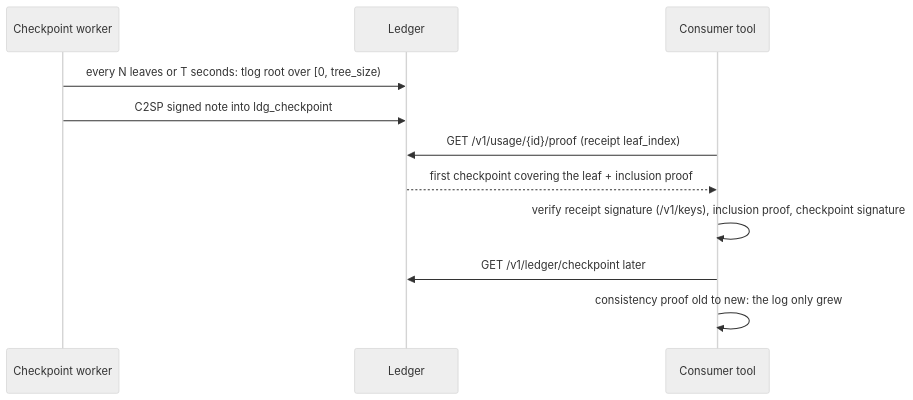
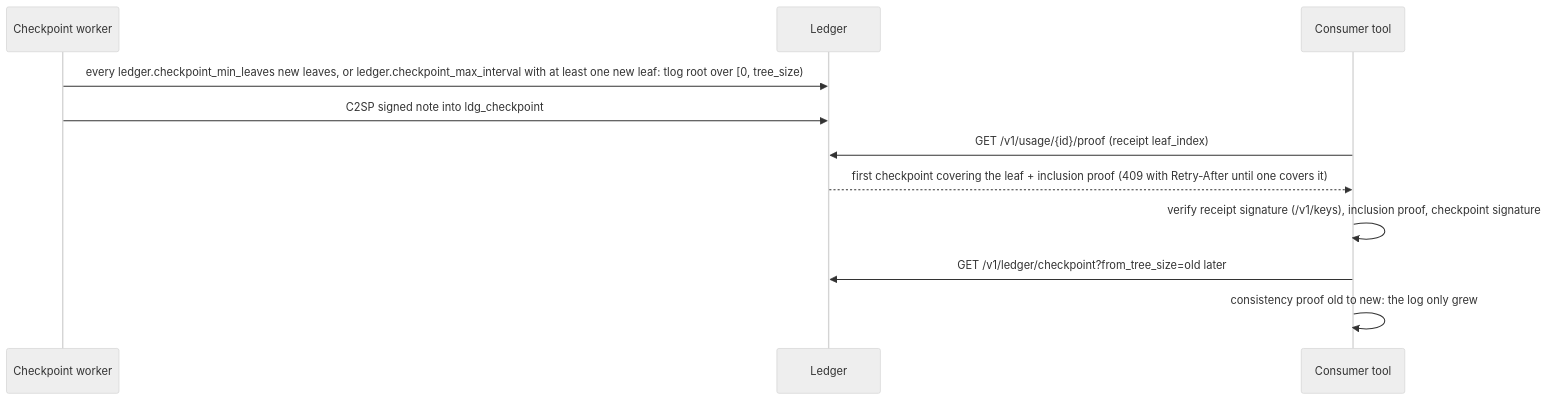
The eighth of 10 diagrams in docs/design_docs/lld.md (inCoderKaka/local-server), drawn with Mermaid (neutral theme) before and after one commit. The commit also changed other lines of this file, not shown here.

````diff
--- a/docs/design_docs/lld.md
+++ b/docs/design_docs/lld.md
@@ -348,13 +426,13 @@
 ```mermaid
 sequenceDiagram
   participant K as Checkpoint worker
   participant L as Ledger
   participant C as Consumer tool
-  K->>L: every N leaves or T seconds: tlog root over [0, tree_size)
+  K->>L: every ledger.checkpoint_min_leaves new leaves, or ledger.checkpoint_max_interval with at least one new leaf: tlog root over [0, tree_size)
   K->>L: C2SP signed note into ldg_checkpoint
   C->>L: GET /v1/usage/{id}/proof (receipt leaf_index)
-  L-->>C: first checkpoint covering the leaf + inclusion proof
+  L-->>C: first checkpoint covering the leaf + inclusion proof (409 with Retry-After until one covers it)
   C->>C: verify receipt signature (/v1/keys), inclusion proof, checkpoint signature
-  C->>L: GET /v1/ledger/checkpoint later
+  C->>L: GET /v1/ledger/checkpoint?from_tree_size=old later
   C->>C: consistency proof old to new: the log only grew
 ```
````
